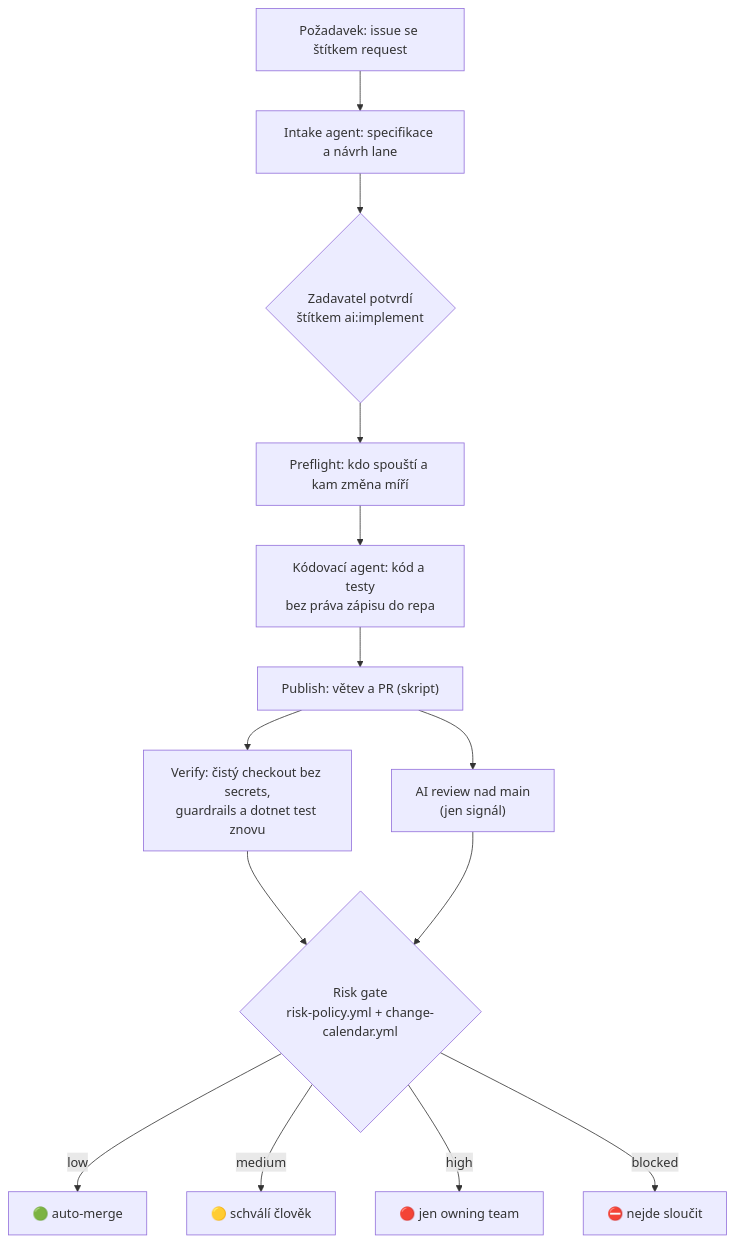
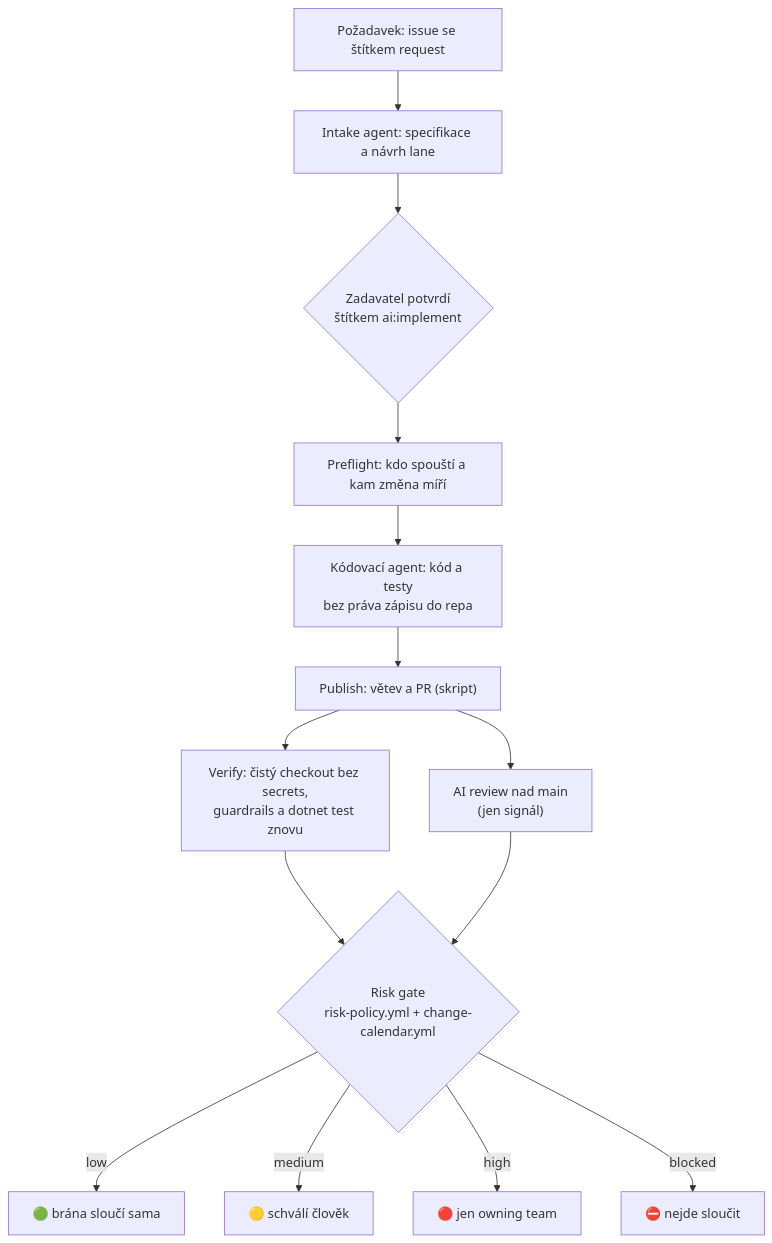
One commit to Spillet/ai-sdlc-demo changed the diagram in README.md. Above: the diagram before and after it, drawn with Mermaid. The commit also changed other lines of this file and 3 other files, not shown here.

````diff
--- a/README.md
+++ b/README.md
@@ -51,16 +81,16 @@
 ```mermaid
 flowchart TD
     A["Požadavek: issue se štítkem request"] --> B["Intake agent: specifikace a návrh lane"]
     B --> C{"Zadavatel potvrdí<br/>štítkem ai:implement"}
     C --> D["Preflight: kdo spouští a kam změna míří"]
     D --> E["Kódovací agent: kód a testy<br/>bez práva zápisu do repa"]
     E --> F["Publish: větev a PR (skript)"]
     F --> G["Verify: čistý checkout bez secrets,<br/>guardrails a dotnet test znovu"]
     F --> H["AI review nad main<br/>(jen signál)"]
     G --> I{"Risk gate<br/>risk-policy.yml + change-calendar.yml"}
     H --> I
-    I -->|low| J["🟢 auto-merge"]
+    I -->|low| J["🟢 brána sloučí sama"]
     I -->|medium| K["🟡 schválí člověk"]
     I -->|high| L["🔴 jen owning team"]
     I -->|blocked| M["⛔ nejde sloučit"]
 ```
````
